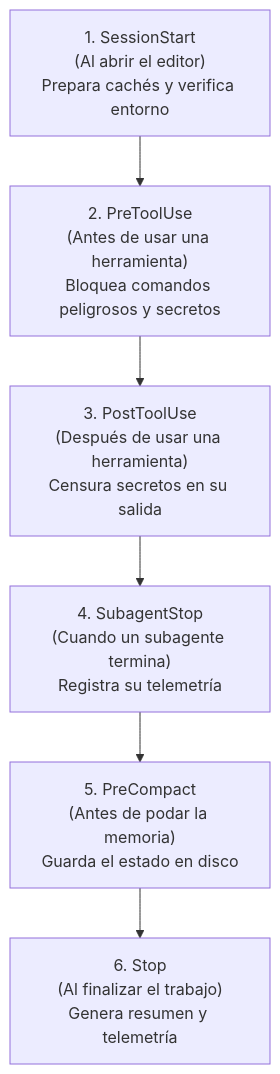
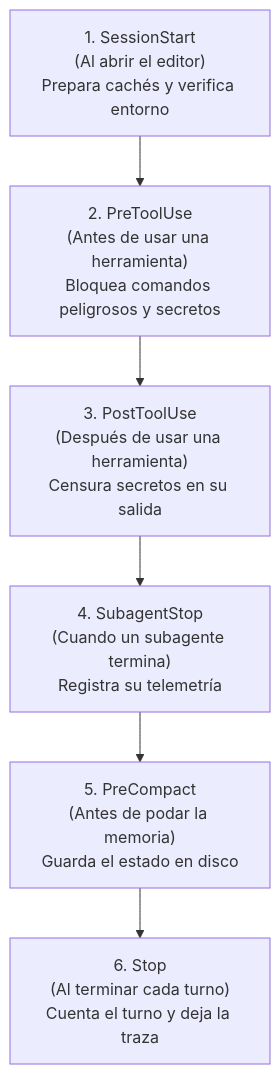
Before and after one commit to Snakeblack/ospec-workflow: the diagram in openwiki/hooks-runtime/lifecycle.md, drawn with Mermaid. The commit also changed other lines of this file and 10 other files, not shown here.

````diff
--- a/openwiki/hooks-runtime/lifecycle.md
+++ b/openwiki/hooks-runtime/lifecycle.md
@@ -9,20 +9,20 @@
 ```mermaid
 flowchart TD
     E1["1. SessionStart
 (Al abrir el editor)
 Prepara cachés y verifica entorno"] --> E2["2. PreToolUse
 (Antes de usar una herramienta)
 Bloquea comandos peligrosos y secretos"]
     E2 --> E3["3. PostToolUse
 (Después de usar una herramienta)
 Censura secretos en su salida"]
     E3 --> E4["4. SubagentStop
 (Cuando un subagente termina)
 Registra su telemetría"]
     E4 --> E5["5. PreCompact
 (Antes de podar la memoria)
 Guarda el estado en disco"]
     E5 --> E6["6. Stop
-(Al finalizar el trabajo)
-Genera resumen y telemetría"]
+(Al terminar cada turno)
+Cuenta el turno y deja la traza"]
 ```
````
